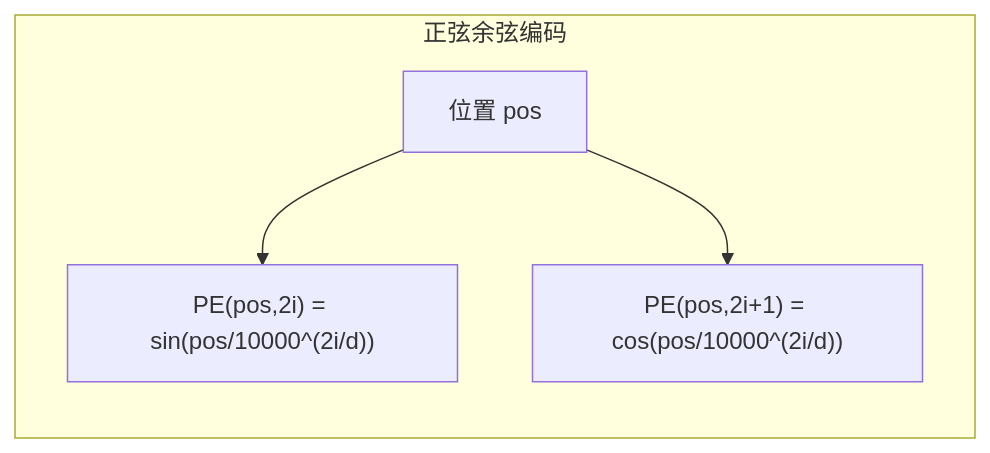
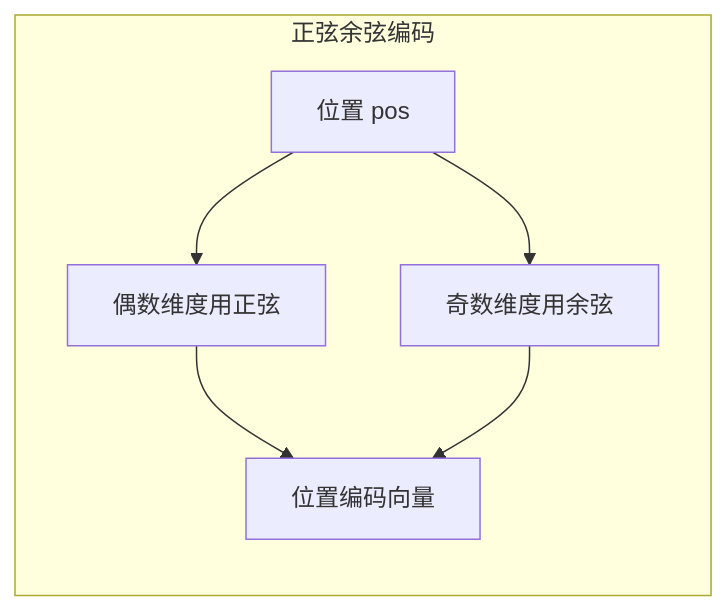
The fourth of 15 diagrams in learning/website/docs/basics/04-positional-encoding.md (Xunzhuo/mini-sglang), drawn with Mermaid before and after one commit. The commit also changed other lines of this file and 9 other files, not shown here.

````diff
--- a/learning/website/docs/basics/04-positional-encoding.md
+++ b/learning/website/docs/basics/04-positional-encoding.md
@@ -77,7 +77,9 @@
 ```mermaid
 graph LR
     subgraph 正弦余弦编码
-        P[位置 pos] --> S["PE(pos,2i) = sin(pos/10000^(2i/d))"]
-        P --> C["PE(pos,2i+1) = cos(pos/10000^(2i/d))"]
+        P[位置 pos] --> S["偶数维度用正弦"]
+        P --> C["奇数维度用余弦"]
+        S --> E[位置编码向量]
+        C --> E
     end
 ```
````
